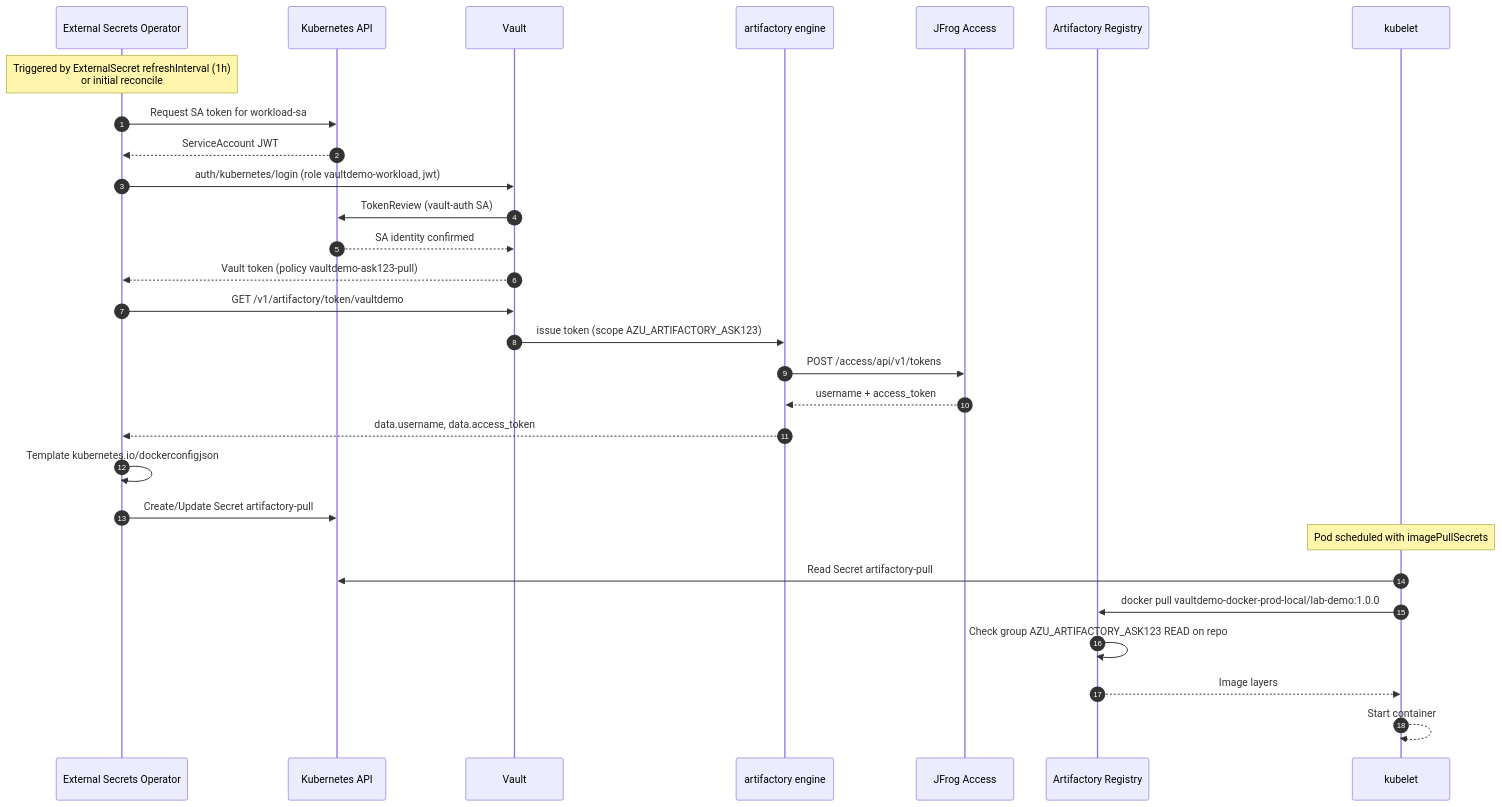
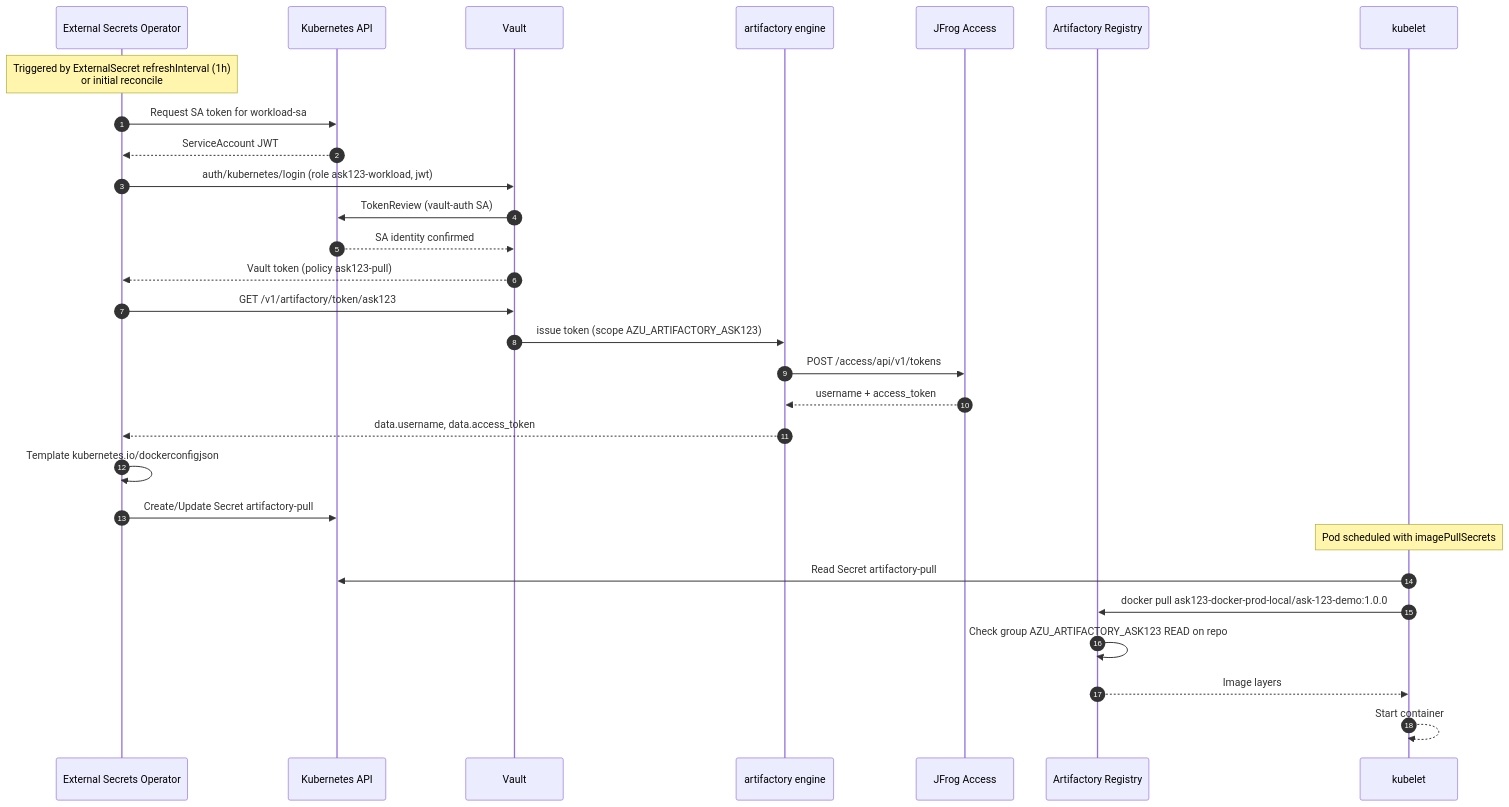
Before and after one commit to tomjfrog/vault-artifactory-lab: the fourth of 7 diagrams in docs/visual-architecture.md, drawn with Mermaid. The commit also changed other lines of this file and 32 other files, not shown here.

````diff
--- a/docs/visual-architecture.md
+++ b/docs/visual-architecture.md
@@ -259,38 +260,38 @@
 ```mermaid
 sequenceDiagram
     autonumber
     participant ESO as External Secrets Operator
     participant K8sAPI as Kubernetes API
     participant Vault
     participant Plugin as artifactory engine
     participant Access as JFrog Access
     participant RT as Artifactory Registry
     participant Kubelet as kubelet
 
     Note over ESO: Triggered by ExternalSecret refreshInterval (1h)<br/>or initial reconcile
 
     ESO->>K8sAPI: Request SA token for workload-sa
     K8sAPI-->>ESO: ServiceAccount JWT
 
-    ESO->>Vault: auth/kubernetes/login (role vaultdemo-workload, jwt)
+    ESO->>Vault: auth/kubernetes/login (role ask123-workload, jwt)
     Vault->>K8sAPI: TokenReview (vault-auth SA)
     K8sAPI-->>Vault: SA identity confirmed
-    Vault-->>ESO: Vault token (policy vaultdemo-ask123-pull)
+    Vault-->>ESO: Vault token (policy ask123-pull)
 
-    ESO->>Vault: GET /v1/artifactory/token/vaultdemo
+    ESO->>Vault: GET /v1/artifactory/token/ask123
     Vault->>Plugin: issue token (scope AZU_ARTIFACTORY_ASK123)
     Plugin->>Access: POST /access/api/v1/tokens
     Access-->>Plugin: username + access_token
     Plugin-->>ESO: data.username, data.access_token
 
     ESO->>ESO: Template kubernetes.io/dockerconfigjson
     ESO->>K8sAPI: Create/Update Secret artifactory-pull
 
     Note over Kubelet: Pod scheduled with imagePullSecrets
 
     Kubelet->>K8sAPI: Read Secret artifactory-pull
-    Kubelet->>RT: docker pull vaultdemo-docker-prod-local/lab-demo:1.0.0
+    Kubelet->>RT: docker pull ask123-docker-prod-local/ask-123-demo:1.0.0
     RT->>RT: Check group AZU_ARTIFACTORY_ASK123 READ on repo
     RT-->>Kubelet: Image layers
     Kubelet-->>Kubelet: Start container
 ```
````
